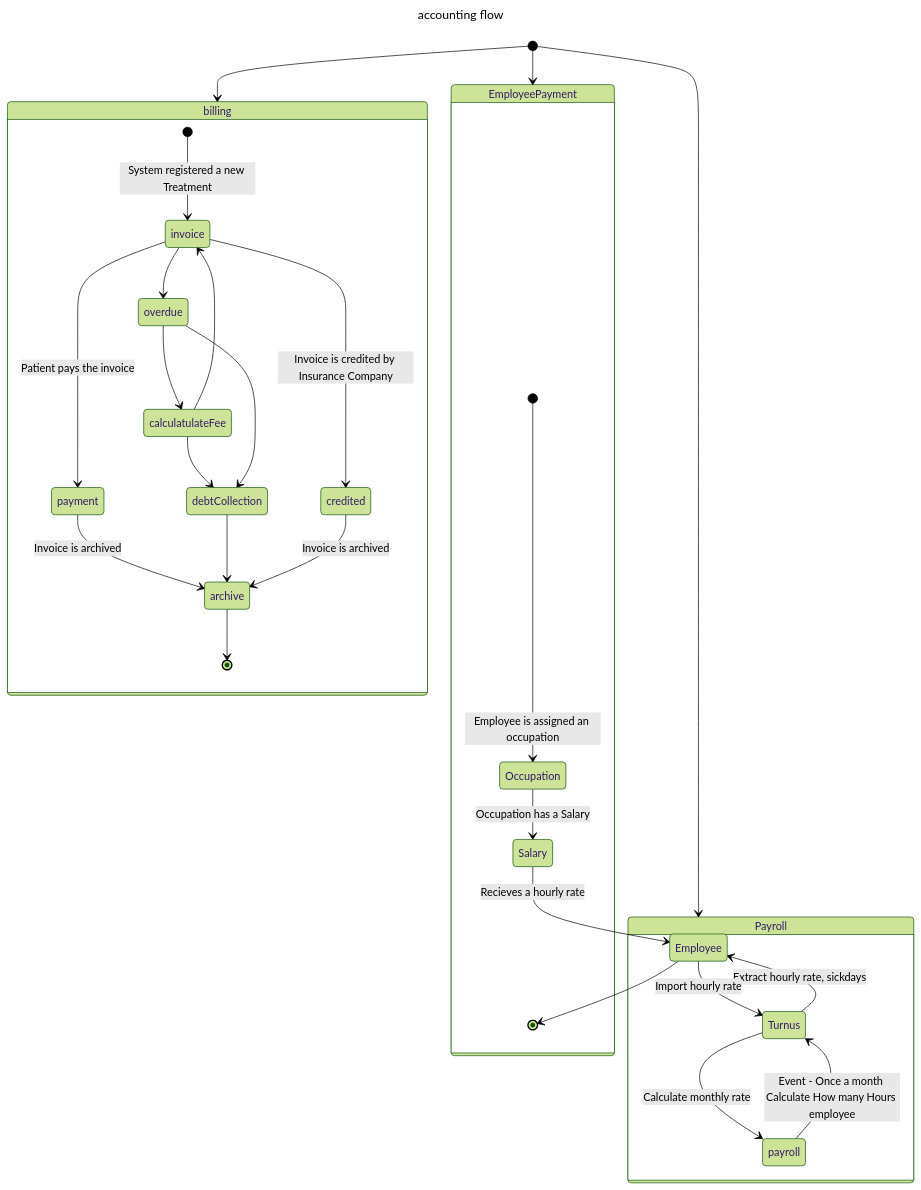
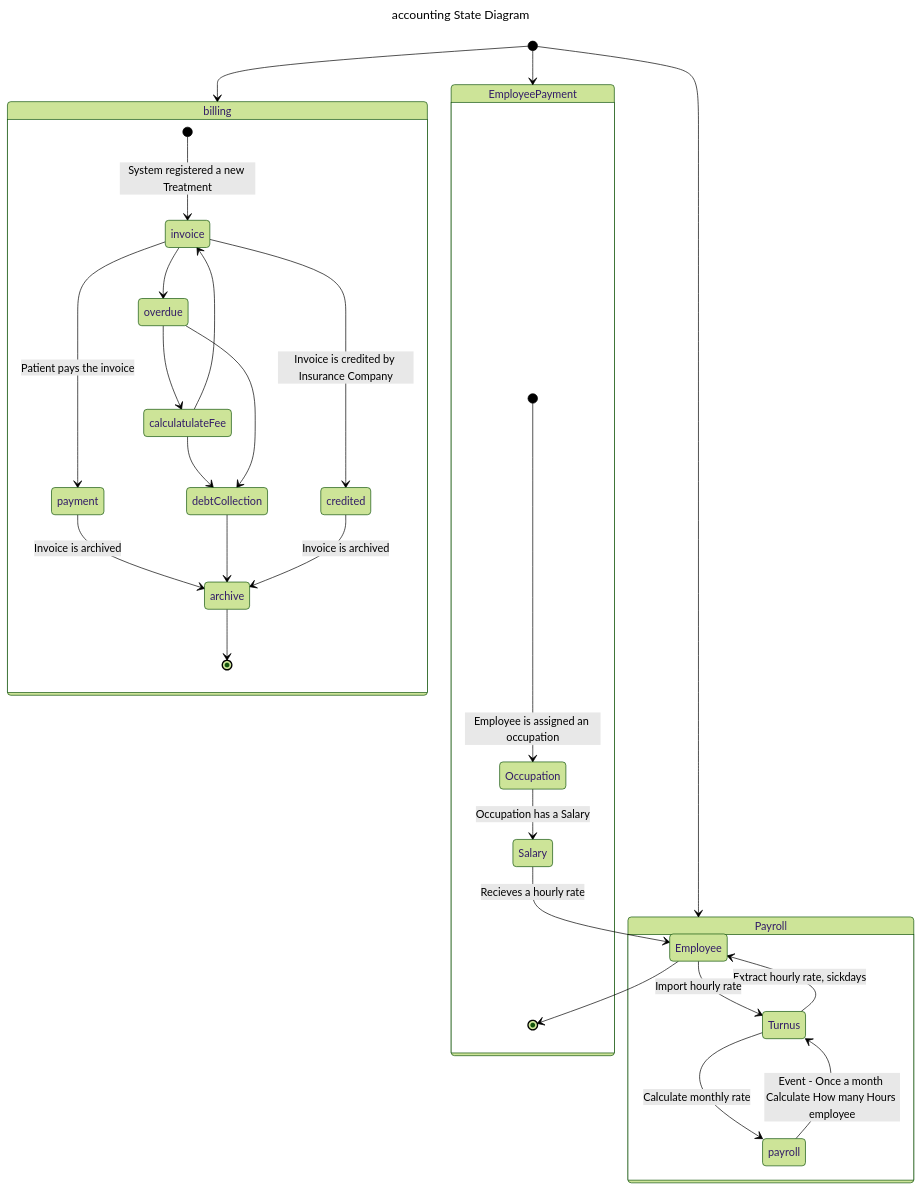
The diagram in accounting/docs/accounting-statediagram.md (krigjo25/database-MedicareSys-mariadb), drawn with Mermaid (forest theme) before and after one commit.

Commit message:
docs(Documents): Updating title.

````diff
--- a/accounting/docs/accounting-statediagram.md
+++ b/accounting/docs/accounting-statediagram.md
@@ -1,45 +1,45 @@
 ```mermaid
 ---
-title: accounting flow
+title: accounting State Diagram
 ---
 stateDiagram-v2
 [*] --> billing
 
     state billing {
     [*] --> invoice: System registered a new Treatment
     invoice --> payment: Patient pays the invoice
     payment --> archive: Invoice is archived
 
     invoice --> overdue
     overdue --> calculatulateFee
     calculatulateFee --> invoice
     calculatulateFee --> debtCollection
     overdue --> debtCollection
     debtCollection --> archive
 
     invoice --> credited : Invoice is credited by Insurance Company
     credited --> archive: Invoice is archived
     archive --> [*]
     }
 
 [*] --> EmployeePayment
 
     state EmployeePayment 
     {
         [*] --> Occupation: Employee is assigned an occupation
         Occupation --> Salary: Occupation has a Salary
         Salary --> Employee: Recieves a hourly rate
         Employee --> [*]
     }
 
 [*] --> Payroll
 
     state Payroll
     {
         payroll --> Turnus: Event - Once a month Calculate How many Hours employee
         Turnus --> Employee: Extract hourly rate, sickdays
         Employee --> Turnus: Import hourly rate
         Turnus --> payroll: Calculate monthly rate
         
     }
 ```
````
